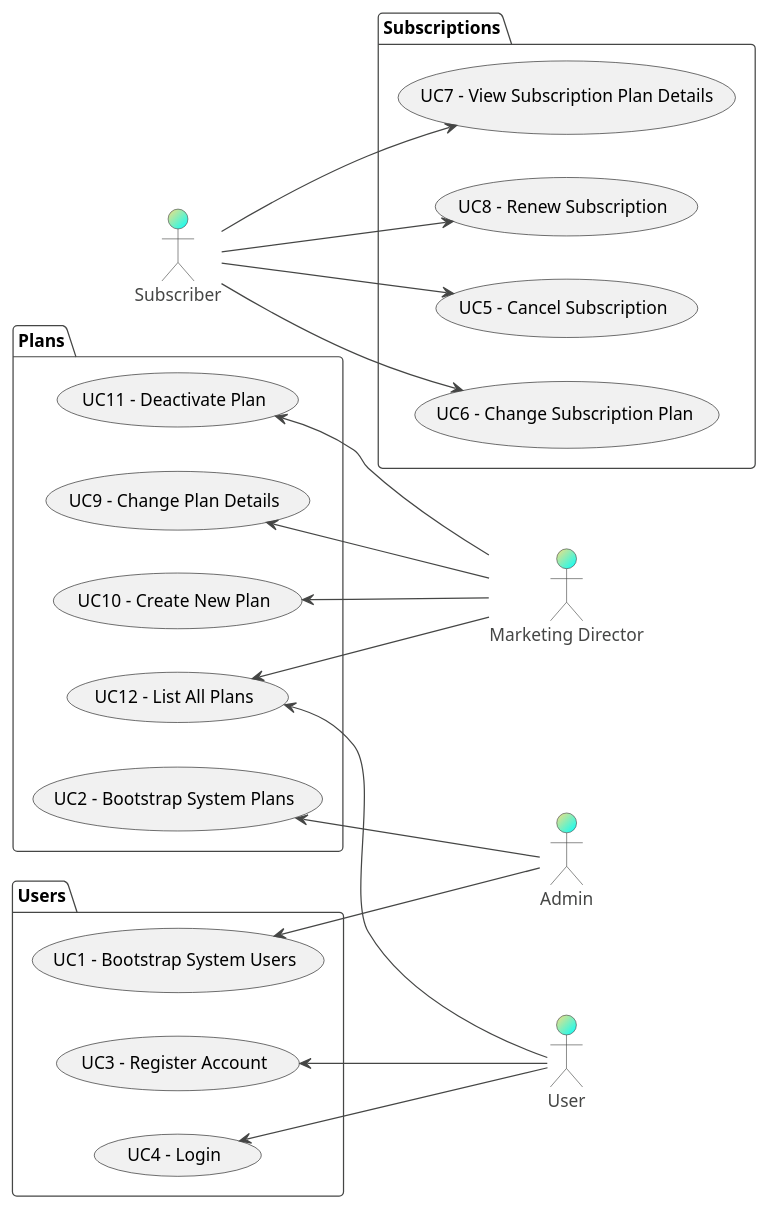
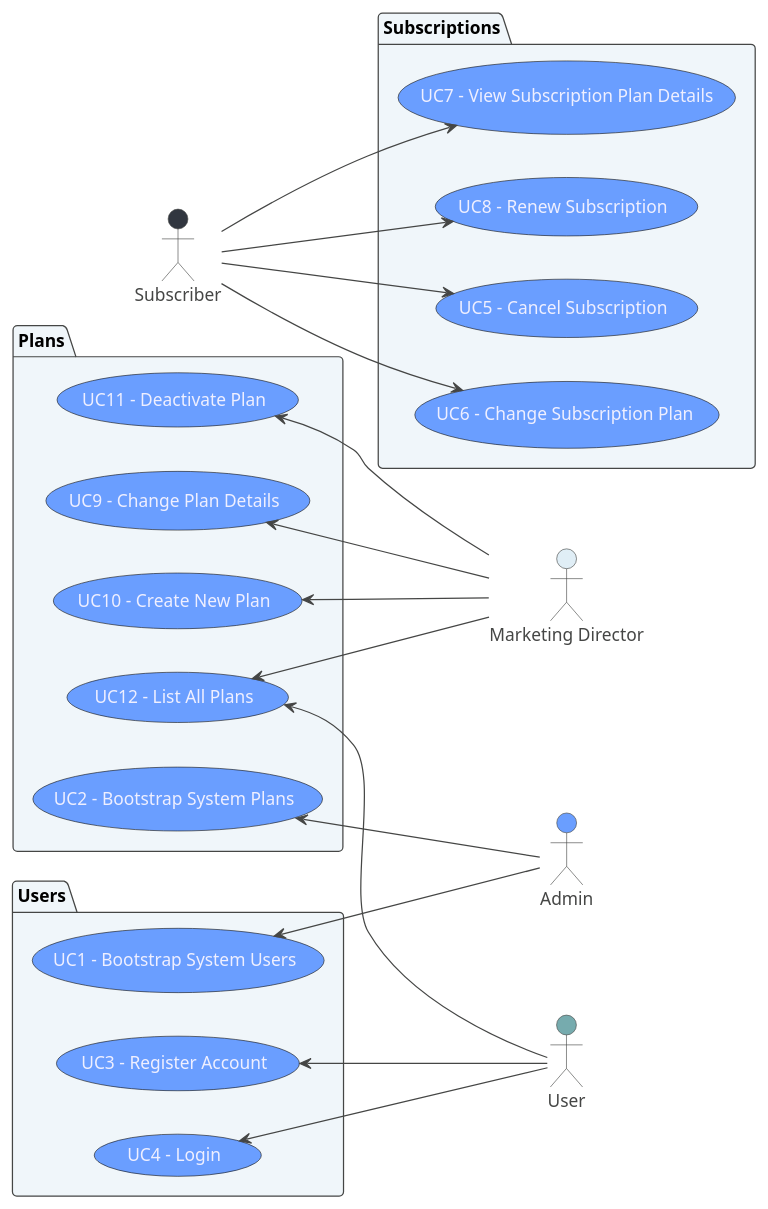
Before and after one commit to tam65r/protobuf-in-REST-aplication: the diagram in protobuf-project/docs/UCD.puml, drawn with PlantUML. The commit also changed 8 other files, not shown here.

Commit message:
atualizaões de diagramas

```diff
--- a/protobuf-project/docs/UCD.puml
+++ b/protobuf-project/docs/UCD.puml
@@ -1,52 +1,55 @@
 @startuml
 'https://plantuml.com/use-case-diagram
 !theme toy
 
 left to right direction
 
 skinparam backgroundColor Transparent
+skinparam packageBackgroundColor #f0f6fa 
+skinparam usecaseBackgroundColor #6A9EFF
+skinparam usecaseFontColor MOTIVATION
 
-:Admin: as "Admin" #F8DE7E/00FFFF
-:Director: as "Marketing Director" #F8DE7E/00FFFF
-:User: as "User" #F8DE7E/00FFFF
-:Subscriber: as "Subscriber" #F8DE7E/00FFFF
+:Admin: as "Admin" #6A9EFF
+:Director: as "Marketing Director" #E0EEF6
+:User: as "User" #76ABAE
+:Subscriber: as "Subscriber" #31363F
 
 package Plans {
  usecase "UC9 - Change Plan Details" as UC8
  usecase "UC10 - Create New Plan" as UC9
  usecase "UC11 - Deactivate Plan" as UC10
  usecase "UC12 - List All Plans" as UC11
  usecase "UC2 - Bootstrap System Plans" as UC12
 }
 
 package Subscriptions {
     usecase "UC5 - Cancel Subscription" as UC4
     usecase "UC6 - Change Subscription Plan" as UC5
     usecase "UC7 - View Subscription Plan Details" as UC6
     usecase "UC8 - Renew Subscription" as UC7
 }
 
 package Users {
     usecase "UC3 - Register Account" as UC1
     usecase "UC1 - Bootstrap System Users" as UC2
     usecase "UC4 - Login" as UC3
 }
 
 
 UC2 <-- Admin
 UC12 <-- Admin
 
 UC8 <-- Director
 UC9 <-- Director
 UC10 <-- Director
 UC11 <-- Director
 
 UC1 <-- User
 UC3 <-- User
 UC11 <-- User
 
 Subscriber --> UC4
 Subscriber --> UC5
 Subscriber --> UC6
 Subscriber --> UC7
 @enduml
```
